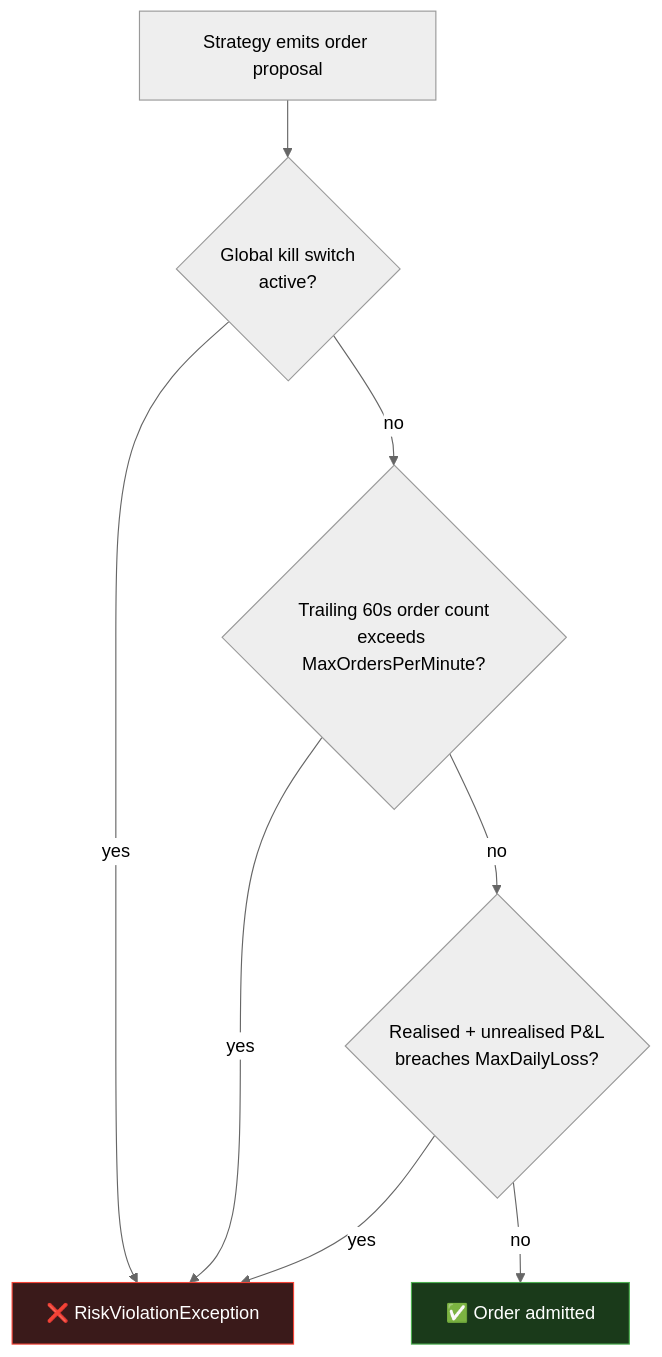
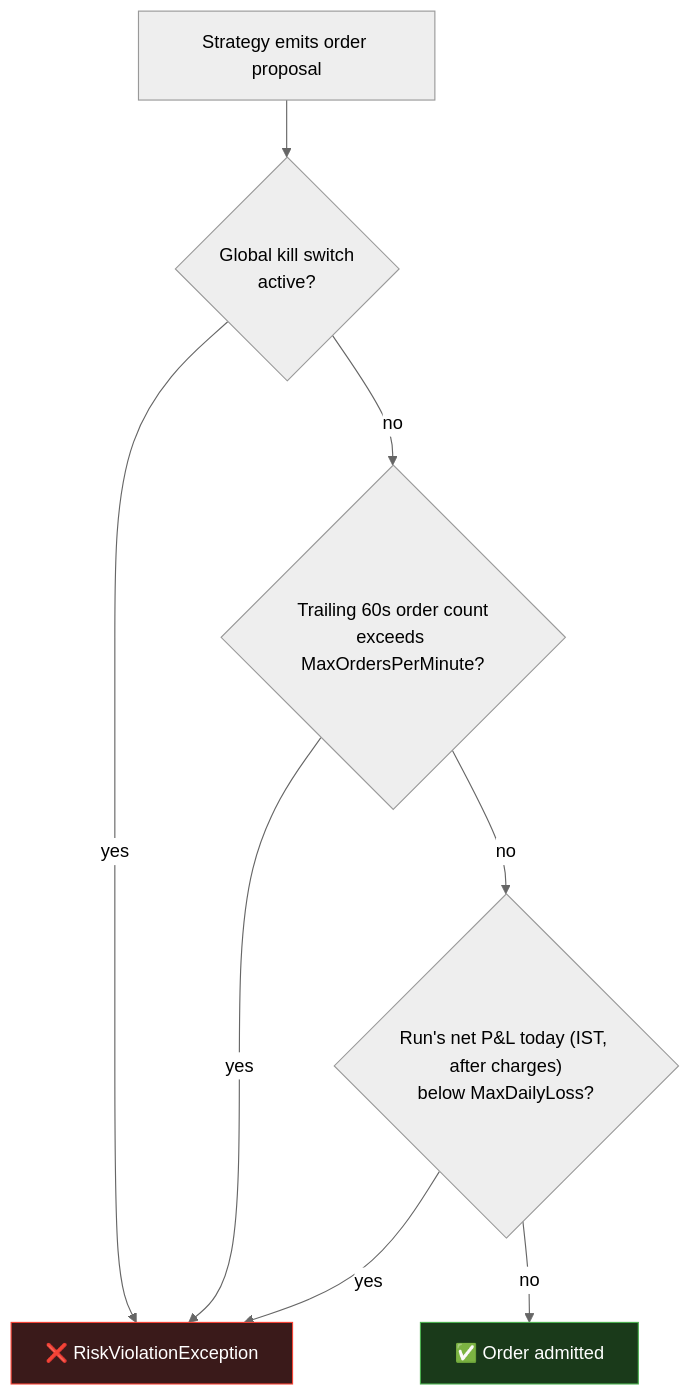
Before and after one commit to helloupendra/algorithmic-trading-engine: the seventh of 8 diagrams in docs/RESEARCH_AND_ARCHITECTURE.md, drawn with Mermaid (neutral theme). The commit also changed 6 other files, not shown here.

Commit message:
Docs and Desk note: max daily loss is the run's net P&L today, after charges

````diff
--- a/docs/RESEARCH_AND_ARCHITECTURE.md
+++ b/docs/RESEARCH_AND_ARCHITECTURE.md
@@ -427,13 +427,13 @@
 ```mermaid
 flowchart TD
     S["Strategy emits order proposal"] --> K{"Global kill switch<br/>active?"}
     K -->|"yes"| REJ["❌ RiskViolationException"]
     K -->|"no"| R{"Trailing 60s order count<br/>exceeds MaxOrdersPerMinute?"}
     R -->|"yes"| REJ
-    R -->|"no"| L{"Realised + unrealised P&L<br/>breaches MaxDailyLoss?"}
+    R -->|"no"| L{"Run's net P&L today (IST, after charges)<br/>below MaxDailyLoss?"}
     L -->|"yes"| REJ
     L -->|"no"| OK["✅ Order admitted"]
 
     style REJ fill:#3a1a1a,stroke:#f44336,color:#fff
     style OK fill:#1a3a1a,stroke:#4caf50,color:#fff
 ```
````
